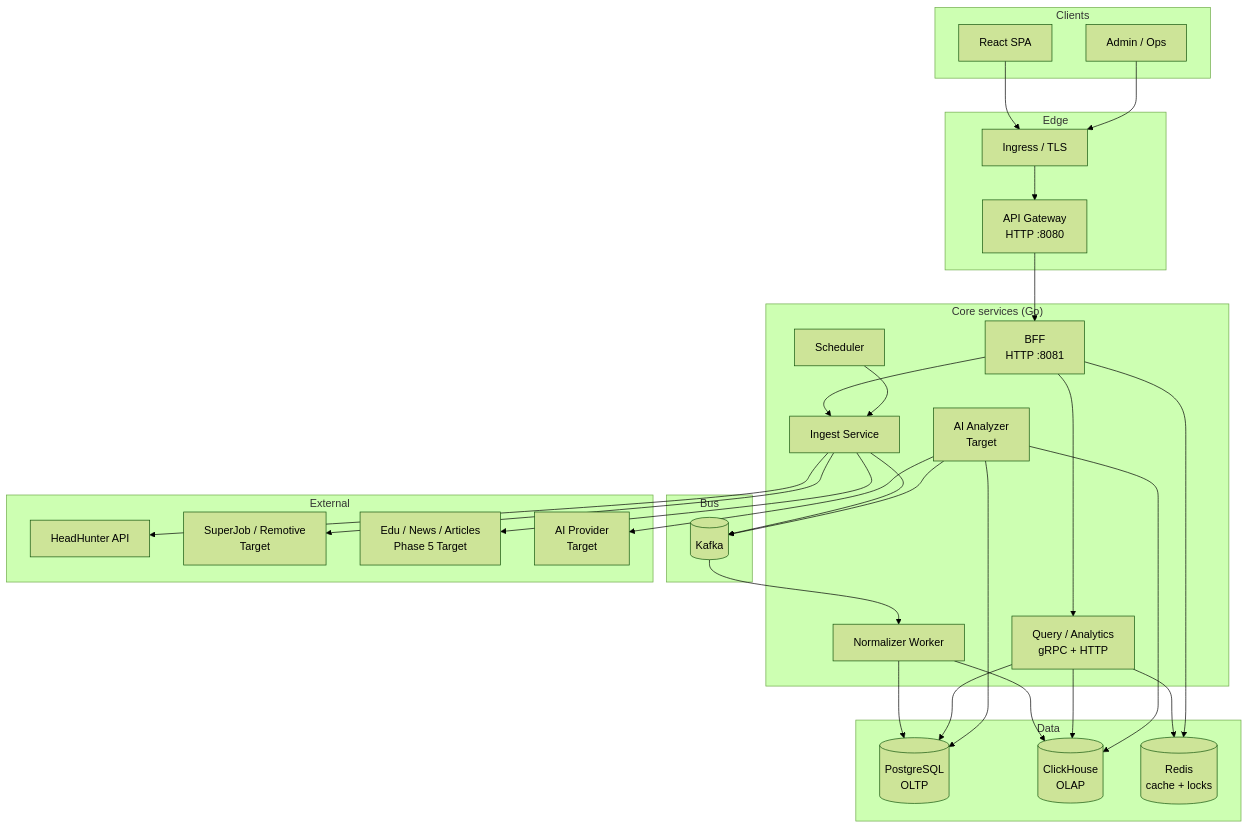
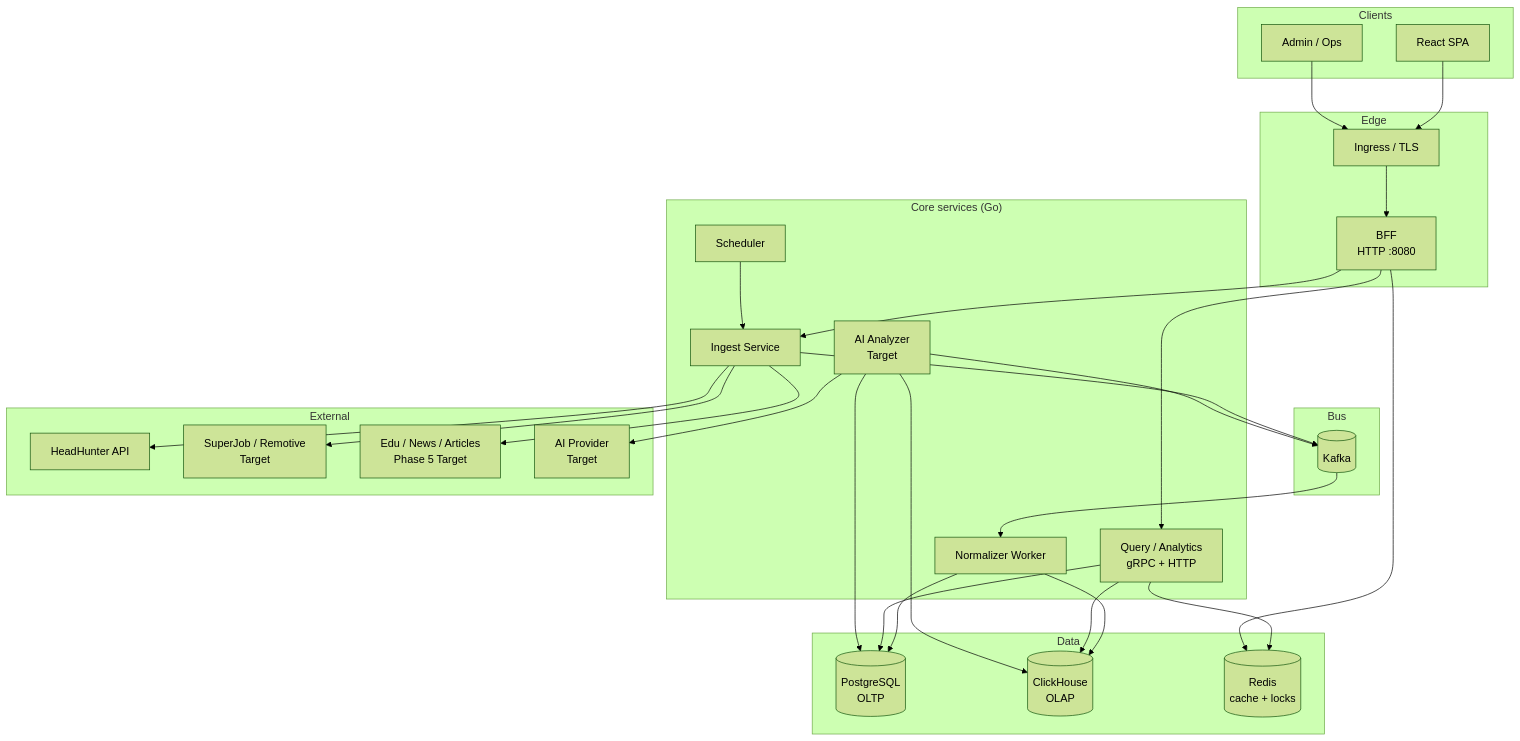
The first of 2 diagrams in docs/architecture/00-overview.md (Chuchoss/it-labor-pulse), drawn with Mermaid (forest theme) before and after one commit. The commit also changed other lines of this file and 30 other files, not shown here.

First line of the commit message:
refactor(api): drop separate gateway; public BFF on :8080

````diff
--- a/docs/architecture/00-overview.md
+++ b/docs/architecture/00-overview.md
@@ -35,59 +35,58 @@
 ```mermaid
 flowchart TB
   subgraph Clients
     UI[React SPA]
     Admin[Admin / Ops]
   end
 
   subgraph Edge
     Ingress[Ingress / TLS]
-    GW[API Gateway<br/>HTTP :8080]
+    BFF[BFF<br/>HTTP :8080]
   end
 
   subgraph Core["Core services (Go)"]
-    BFF[BFF<br/>HTTP :8081]
     Query[Query / Analytics<br/>gRPC + HTTP]
     Ingest[Ingest Service]
     Norm[Normalizer Worker]
     Sched[Scheduler]
     AI[AI Analyzer<br/>Target]
   end
 
   subgraph Bus
     Kafka[(Kafka)]
   end
 
   subgraph Data
     PG[(PostgreSQL<br/>OLTP)]
     CH[(ClickHouse<br/>OLAP)]
     Redis[(Redis<br/>cache + locks)]
   end
 
   subgraph External
     HH[HeadHunter API]
     SJ[SuperJob / Remotive<br/>Target]
     Sig[Edu / News / Articles<br/>Phase 5 Target]
     LLM[AI Provider<br/>Target]
   end
 
-  UI --> Ingress --> GW --> BFF
+  UI --> Ingress --> BFF
   Admin --> Ingress
   BFF --> Query
   BFF --> Ingest
   Sched --> Ingest
   Ingest --> HH
   Ingest --> SJ
   Ingest --> Sig
   Ingest --> Kafka
   Kafka --> Norm
   Norm --> PG
   Norm --> CH
   Query --> PG
   Query --> CH
   Query --> Redis
   BFF --> Redis
   AI --> Kafka
   AI --> PG
   AI --> CH
   AI --> LLM
 ```
````
